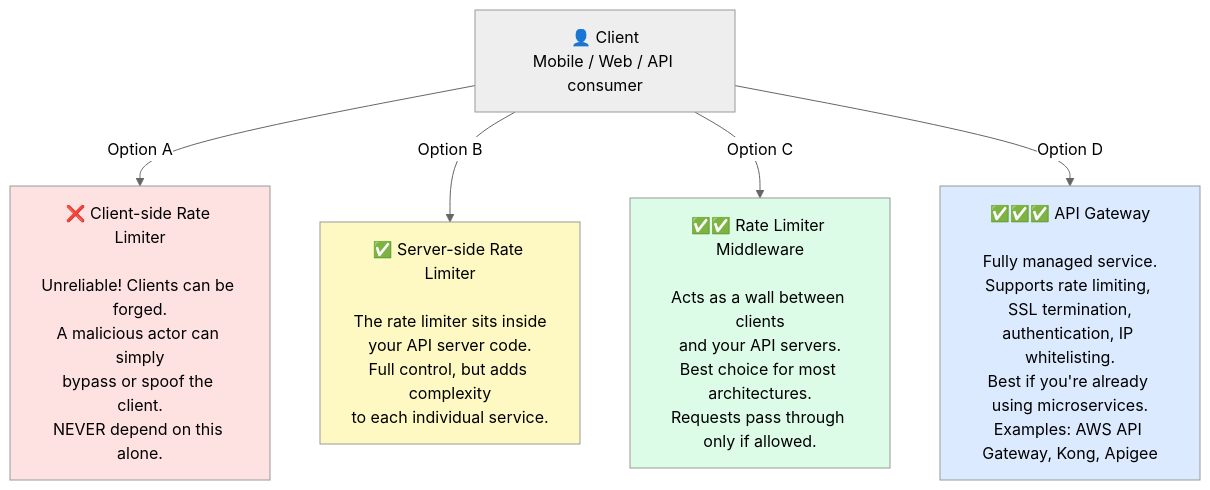
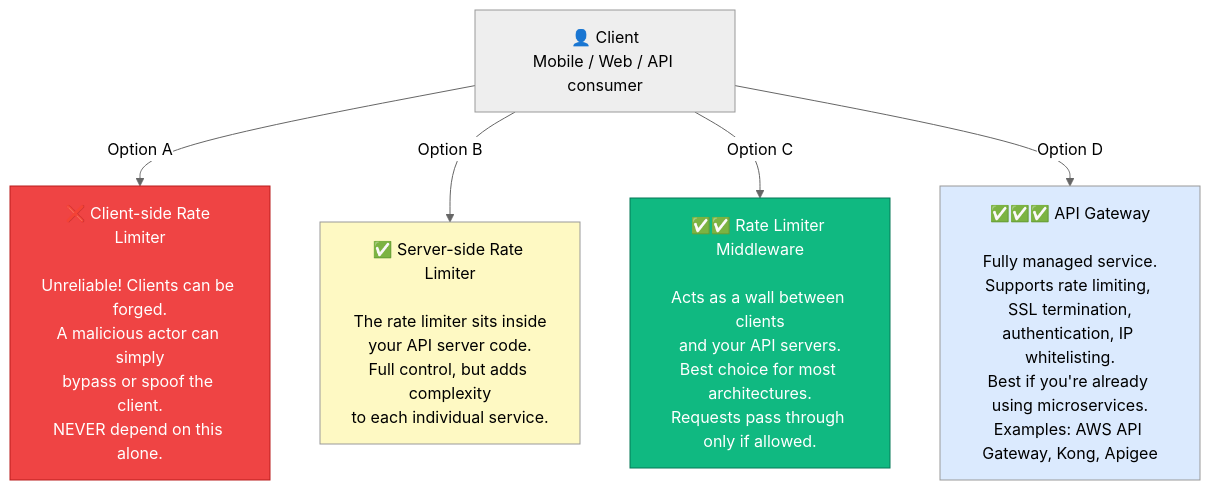
The third of 26 diagrams in content/posts/2026/design-a-rate-limiter.md (devops-monk/system-design-blog), drawn with Mermaid (neutral theme) before and after one commit. The commit also changed other lines of this file and 5 other files, not shown here.

````diff
--- a/content/posts/2026/design-a-rate-limiter.md
+++ b/content/posts/2026/design-a-rate-limiter.md
@@ -107,17 +107,17 @@
 ```mermaid
 flowchart TD
     USER["👤 Client\nMobile / Web / API consumer"]
 
     USER -->|Option A| CLIENT_RL["❌ Client-side Rate Limiter\n\nUnreliable! Clients can be forged.\nA malicious actor can simply\nbypass or spoof the client.\nNEVER depend on this alone."]
 
     USER -->|Option B| SERVER_RL["✅ Server-side Rate Limiter\n\nThe rate limiter sits inside\nyour API server code.\nFull control, but adds complexity\nto each individual service."]
 
     USER -->|Option C| MIDDLEWARE["✅✅ Rate Limiter Middleware\n\nActs as a wall between clients\nand your API servers.\nBest choice for most architectures.\nRequests pass through only if allowed."]
 
     USER -->|Option D| GATEWAY["✅✅✅ API Gateway\n\nFully managed service.\nSupports rate limiting, SSL termination,\nauthentication, IP whitelisting.\nBest if you're already using microservices.\nExamples: AWS API Gateway, Kong, Apigee"]
 
-    style CLIENT_RL fill:#fee2e2
+    style CLIENT_RL fill:#EF4444,stroke:#B91C1C,color:#fff
     style SERVER_RL fill:#fef9c3
-    style MIDDLEWARE fill:#dcfce7
+    style MIDDLEWARE fill:#10B981,stroke:#047857,color:#fff
     style GATEWAY fill:#dbeafe
 ```
````
